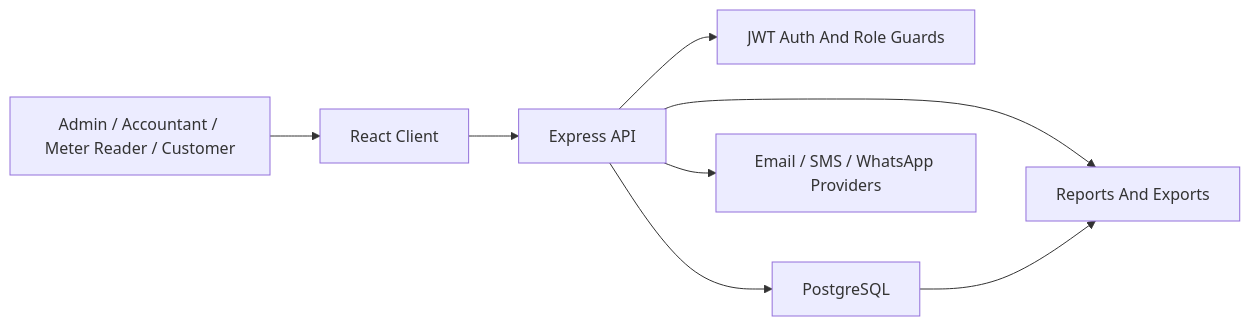
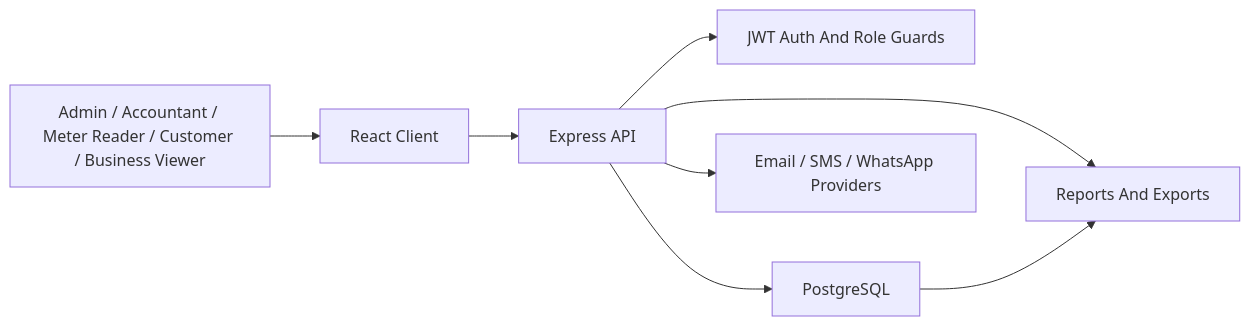
Before and after one commit to Jaymoh-h/AGUA-GLOBAL: the diagram in docs/01-system-architecture-overview.md, drawn with Mermaid. The commit also changed other lines of this file and 13 other files, not shown here.

````diff
--- a/docs/01-system-architecture-overview.md
+++ b/docs/01-system-architecture-overview.md
@@ -16,10 +16,10 @@
 ```mermaid
 flowchart LR
-  User["Admin / Accountant / Meter Reader / Customer"] --> Client["React Client"]
+  User["Admin / Accountant / Meter Reader / Customer / Business Viewer"] --> Client["React Client"]
   Client --> API["Express API"]
   API --> Auth["JWT Auth And Role Guards"]
   API --> DB["PostgreSQL"]
   API --> Delivery["Email / SMS / WhatsApp Providers"]
   API --> Reports["Reports And Exports"]
   DB --> Reports
 ```
````
